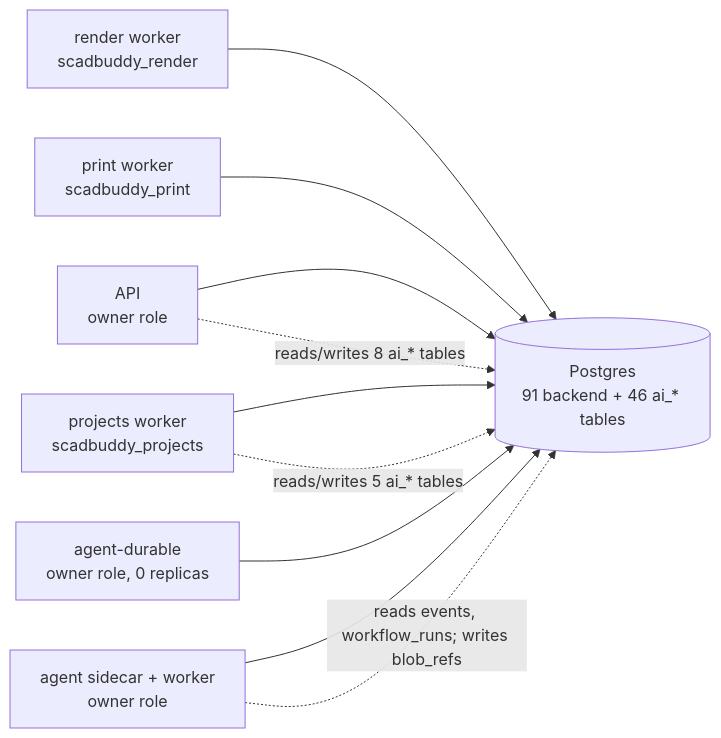
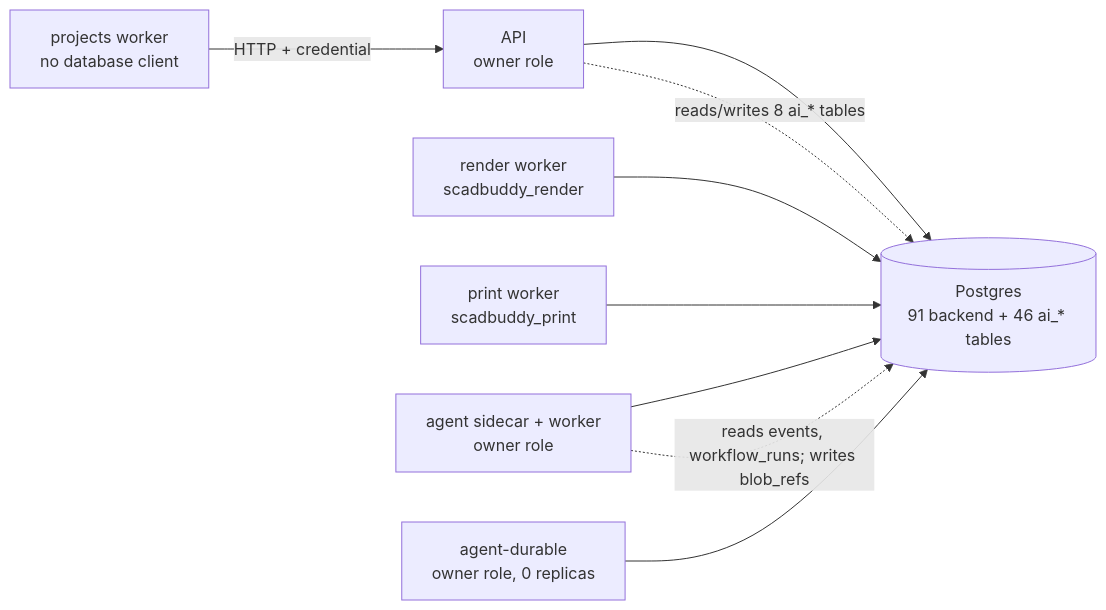
One commit to eh-homelab/ScadBuddy changed the first of 2 diagrams in docs/security/trust-boundaries.md. Above: the diagram before and after it, drawn with Mermaid. The commit also changed other lines of this file and 9 other files, not shown here.

First line of the commit message:
feat(projects): the projects worker needs no database (#5298)

````diff
--- a/docs/security/trust-boundaries.md
+++ b/docs/security/trust-boundaries.md
@@ -131,12 +132,11 @@
 ```mermaid
 flowchart LR
   API[API<br/>owner role] --> DB[(Postgres<br/>91 backend + 46 ai_* tables)]
   R[render worker<br/>scadbuddy_render] --> DB
   P[print worker<br/>scadbuddy_print] --> DB
-  J[projects worker<br/>scadbuddy_projects] --> DB
+  J[projects worker<br/>no database client] -- HTTP + credential --> API
   A[agent sidecar + worker<br/>owner role] --> DB
   D[agent-durable<br/>owner role, 0 replicas] --> DB
   API -.reads/writes 8 ai_* tables.-> DB
-  J -.reads/writes 5 ai_* tables.-> DB
   A -.reads events, workflow_runs; writes blob_refs.-> DB
 ```
````
